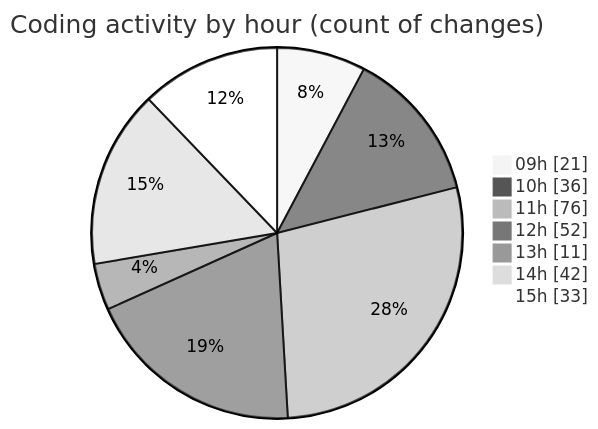
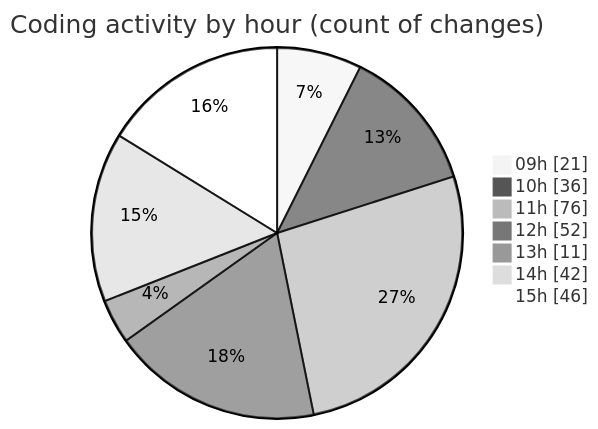
The second of 2 diagrams in 2025-09-09/cda/README.md (momahboobian/code-tracking), drawn with Mermaid (neutral theme) before and after one commit. The commit also changed other lines of this file and 1 other file, not shown here.

````diff
--- a/2025-09-09/cda/README.md
+++ b/2025-09-09/cda/README.md
@@ -142,11 +143,11 @@
 ```mermaid
 pie showData
 title Coding activity by hour (count of changes)
 "09h" : 21
 "10h" : 36
 "11h" : 76
 "12h" : 52
 "13h" : 11
 "14h" : 42
-"15h" : 33
+"15h" : 46
 ```
````
